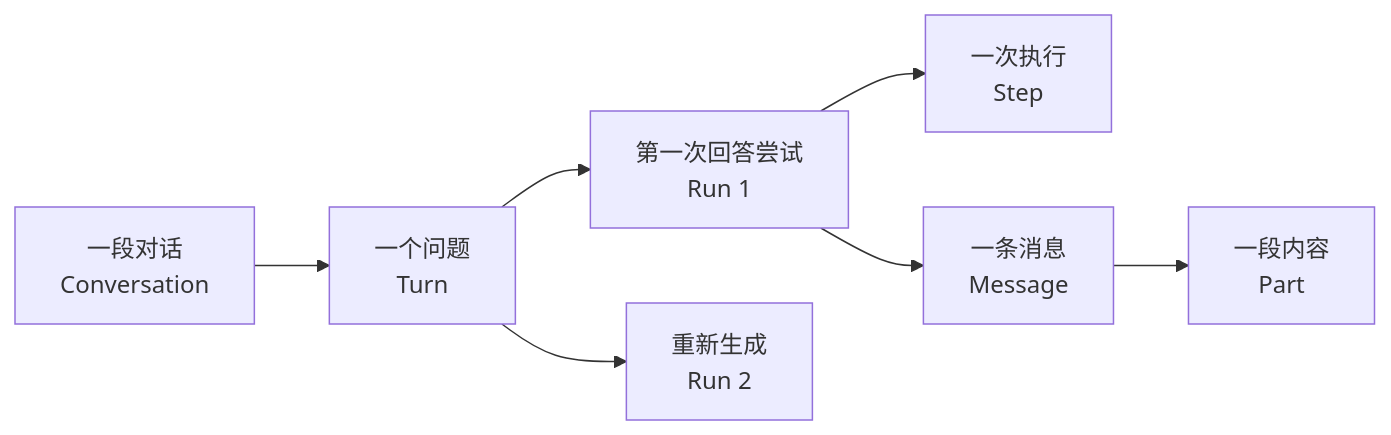
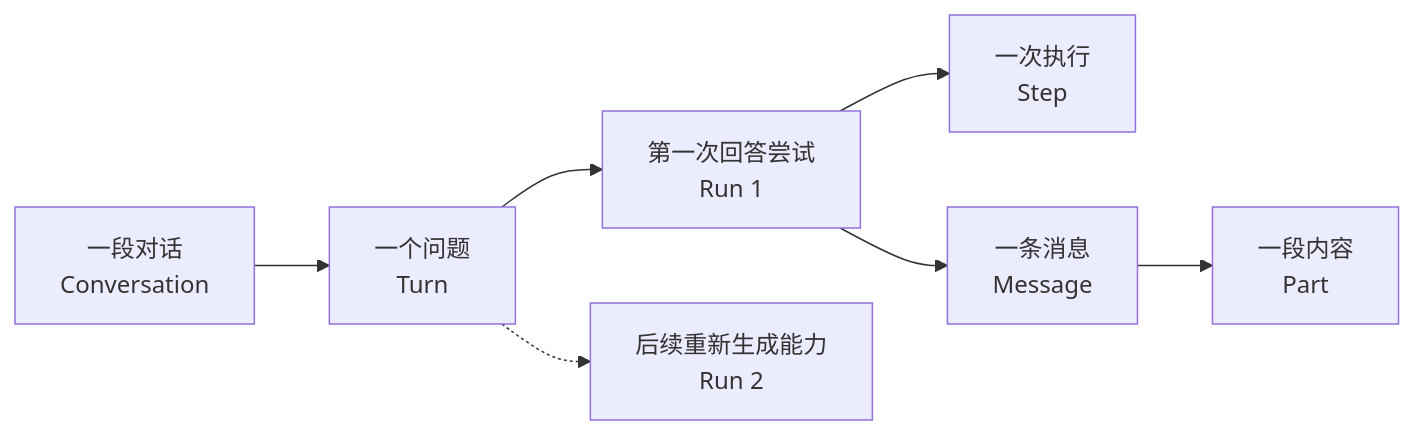
The second of 4 diagrams in docs-next/src/guide/quick-start.md (gene9831/tiny-robot), drawn with Mermaid before and after one commit. The commit also changed other lines of this file and 49 other files, not shown here.

````diff
--- a/docs-next/src/guide/quick-start.md
+++ b/docs-next/src/guide/quick-start.md
@@ -60,9 +60,9 @@
 ```mermaid
 flowchart LR
   C["一段对话<br/>Conversation"] --> T["一个问题<br/>Turn"]
   T --> R1["第一次回答尝试<br/>Run 1"]
-  T --> R2["重新生成<br/>Run 2"]
+  T -.-> R2["后续重新生成能力<br/>Run 2"]
   R1 --> S["一次执行<br/>Step"]
   R1 --> M["一条消息<br/>Message"]
   M --> P["一段内容<br/>Part"]
 ```
````
